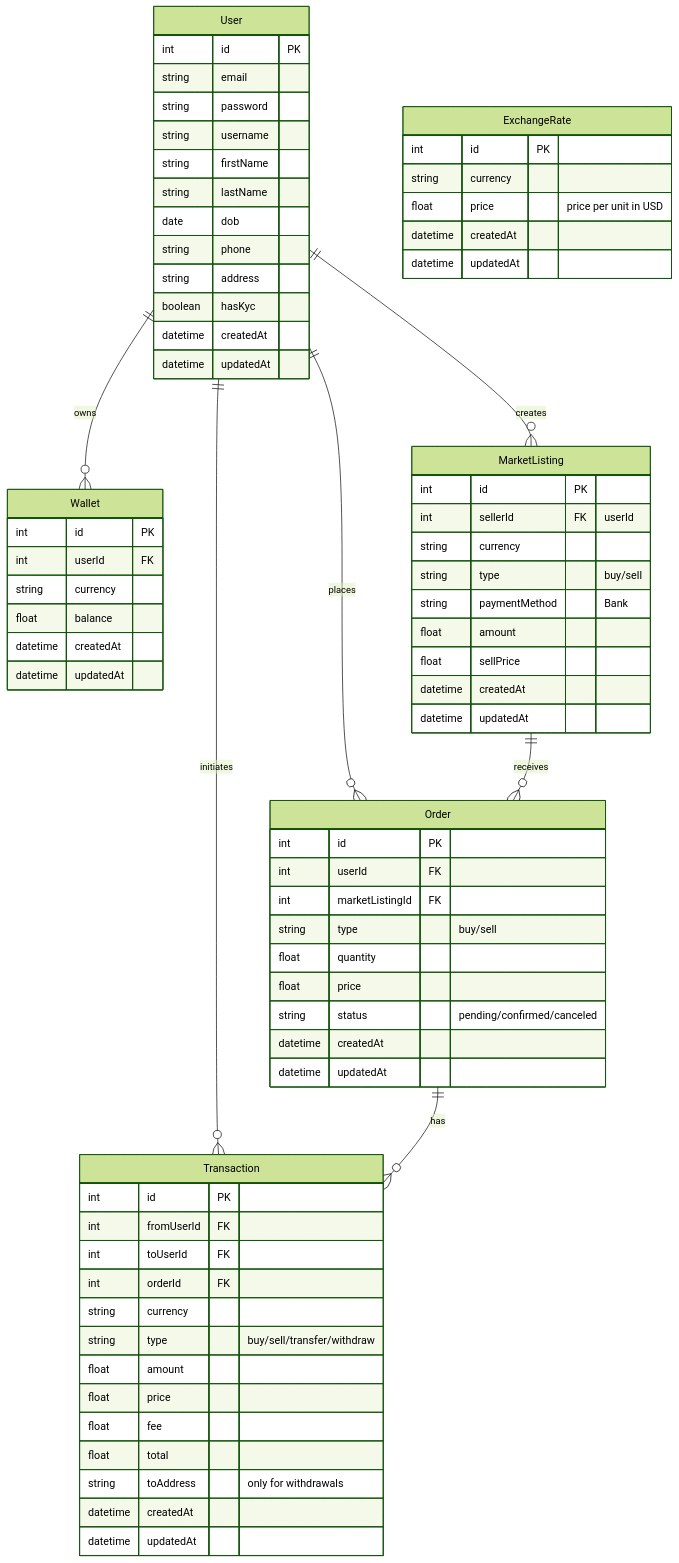
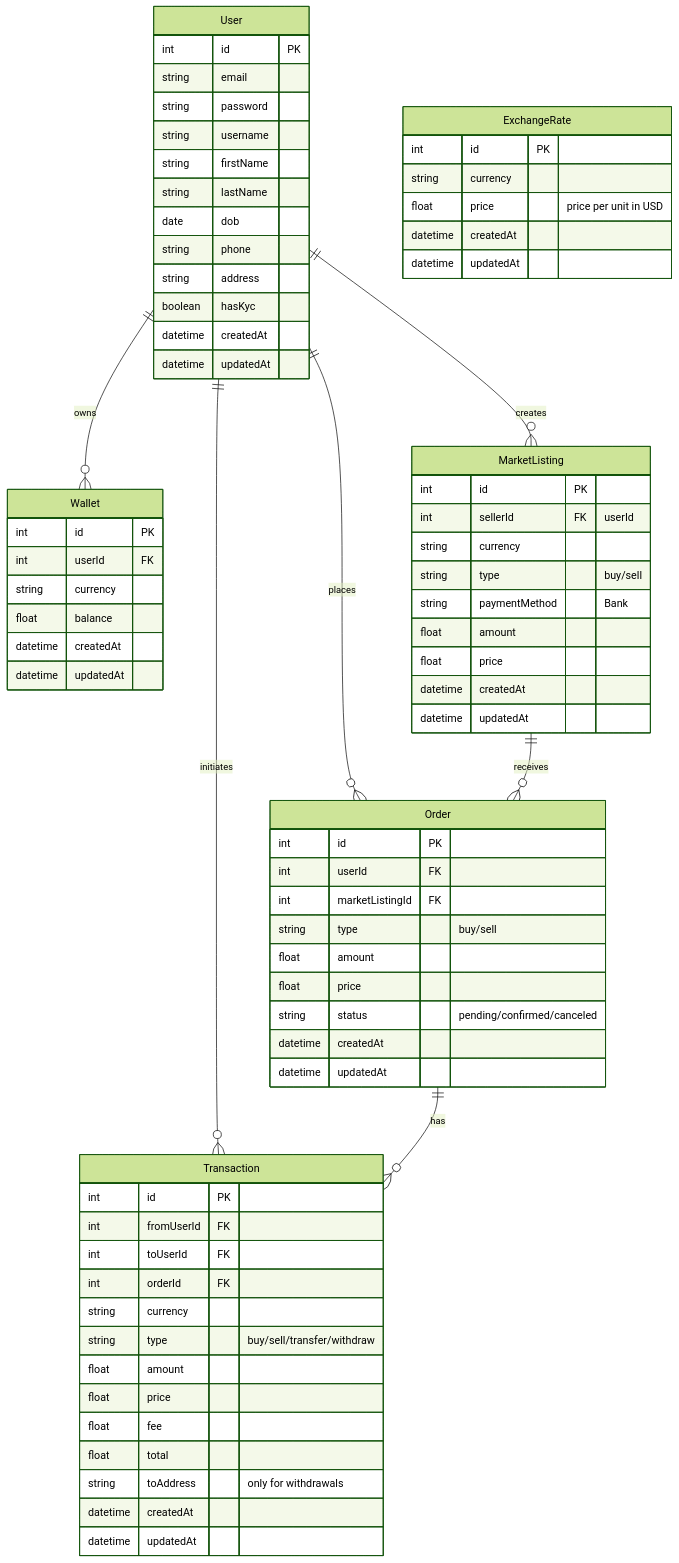
The diagram in README.md (boomNDS/skuberg-assignment), drawn with Mermaid (forest theme) before and after one commit. The commit also changed other lines of this file and 23 other files, not shown here.

````diff
--- a/README.md
+++ b/README.md
@@ -18,77 +19,77 @@
 ```mermaid
 erDiagram
     User ||--o{ Wallet : owns
     User ||--o{ Transaction : initiates
     User ||--o{ Order : places
     User ||--o{ MarketListing : creates
     MarketListing ||--o{ Order : receives
     Order ||--o{ Transaction : has
 
     User {
         int id PK
         string email
         string password
         string username
         string firstName
         string lastName
         date dob
         string phone
         string address
         boolean hasKyc
         datetime createdAt
         datetime updatedAt
     }
     ExchangeRate {
         int id PK
         string currency
         float price "price per unit in USD"
         datetime createdAt
         datetime updatedAt
     }
     Wallet {
         int id PK
         int userId FK
         string currency
         float balance
         datetime createdAt
         datetime updatedAt
     }
     Transaction {
         int id PK
         int fromUserId FK
         int toUserId FK
         int orderId FK
         string currency
         string type "buy/sell/transfer/withdraw"
         float amount
         float price
         float fee
         float total
         string toAddress "only for withdrawals"
         datetime createdAt
         datetime updatedAt
     }
     MarketListing {
         int id PK
         int sellerId FK "userId"
         string currency
         string type "buy/sell"
         string paymentMethod "Bank"
         float amount
-        float sellPrice
+        float price
         datetime createdAt
         datetime updatedAt
     }
     Order {
         int id PK
         int userId FK
         int marketListingId FK
         string type "buy/sell"
-        float quantity
+        float amount
         float price
         string status "pending/confirmed/canceled"
         datetime createdAt
         datetime updatedAt
     }
 
 ```
````
